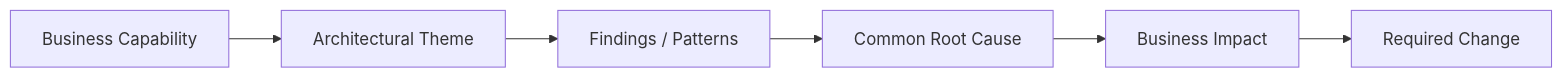
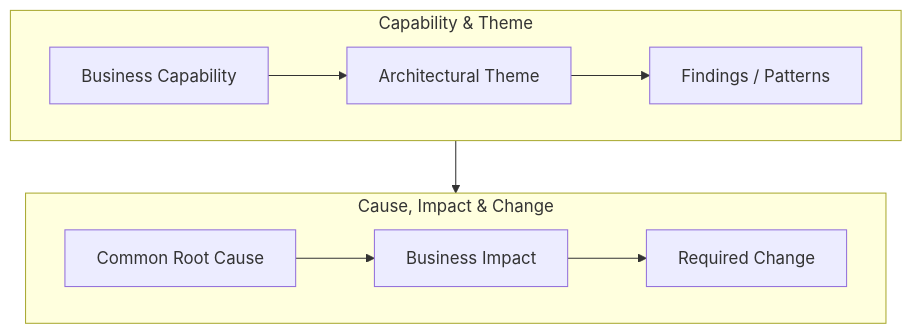
Before and after one commit to avfranco-br/portfolio: the seventh of 24 diagrams in docs/sop/methods/architecture-assessment-and-roadmap.md, drawn with Mermaid. The commit also changed other lines of this file and 10 other files, not shown here.

Commit message:
Refactor Mermaid diagrams across SOP and methods documentation for legibility

````diff
--- a/docs/sop/methods/architecture-assessment-and-roadmap.md
+++ b/docs/sop/methods/architecture-assessment-and-roadmap.md
@@ -405,10 +441,16 @@
 ```mermaid
-flowchart LR
-    A["Business Capability"]
-    B["Architectural Theme"]
-    C["Findings / Patterns"]
-    D["Common Root Cause"]
-    E["Business Impact"]
-    F["Required Change"]
-    A --> B --> C --> D --> E --> F
+flowchart TD
+    subgraph Tier1["Capability & Theme"]
+        direction LR
+        A["Business Capability"] --> B["Architectural Theme"]
+        B --> C["Findings / Patterns"]
+    end
+
+    subgraph Tier2["Cause, Impact & Change"]
+        direction LR
+        D["Common Root Cause"] --> E["Business Impact"]
+        E --> F["Required Change"]
+    end
+
+    C --> D
 ```
````
